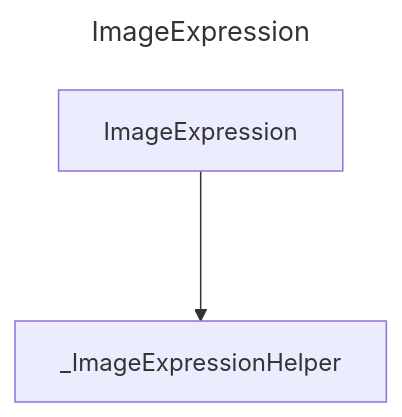
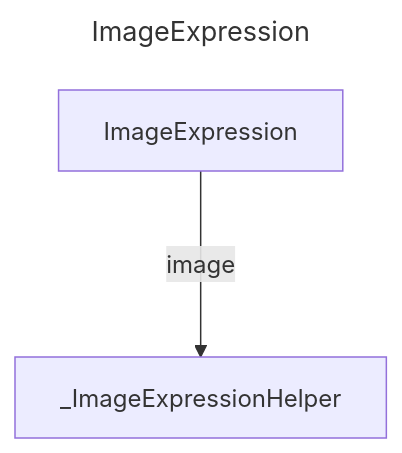
The diagram in docs/docs/layout/erd/ImageExpression.md (douglassimonsen/pbi_core), drawn with Mermaid before and after one commit. The commit also changed 77 other files, not shown here.

Commit message:
Updated to color code the layout ERD

````diff
--- a/docs/docs/layout/erd/ImageExpression.md
+++ b/docs/docs/layout/erd/ImageExpression.md
@@ -1,9 +1,9 @@
 ```mermaid
 ---
 title: ImageExpression
 ---
 graph 
-2721641886176["ImageExpression"]
-2721641885200["_ImageExpressionHelper"]
-2721641886176 ---> 2721641885200
+2430071917312["_ImageExpressionHelper"]
+2430071919264["ImageExpression"]
+2430071919264 --->|image| 2430071917312
 ```
````
